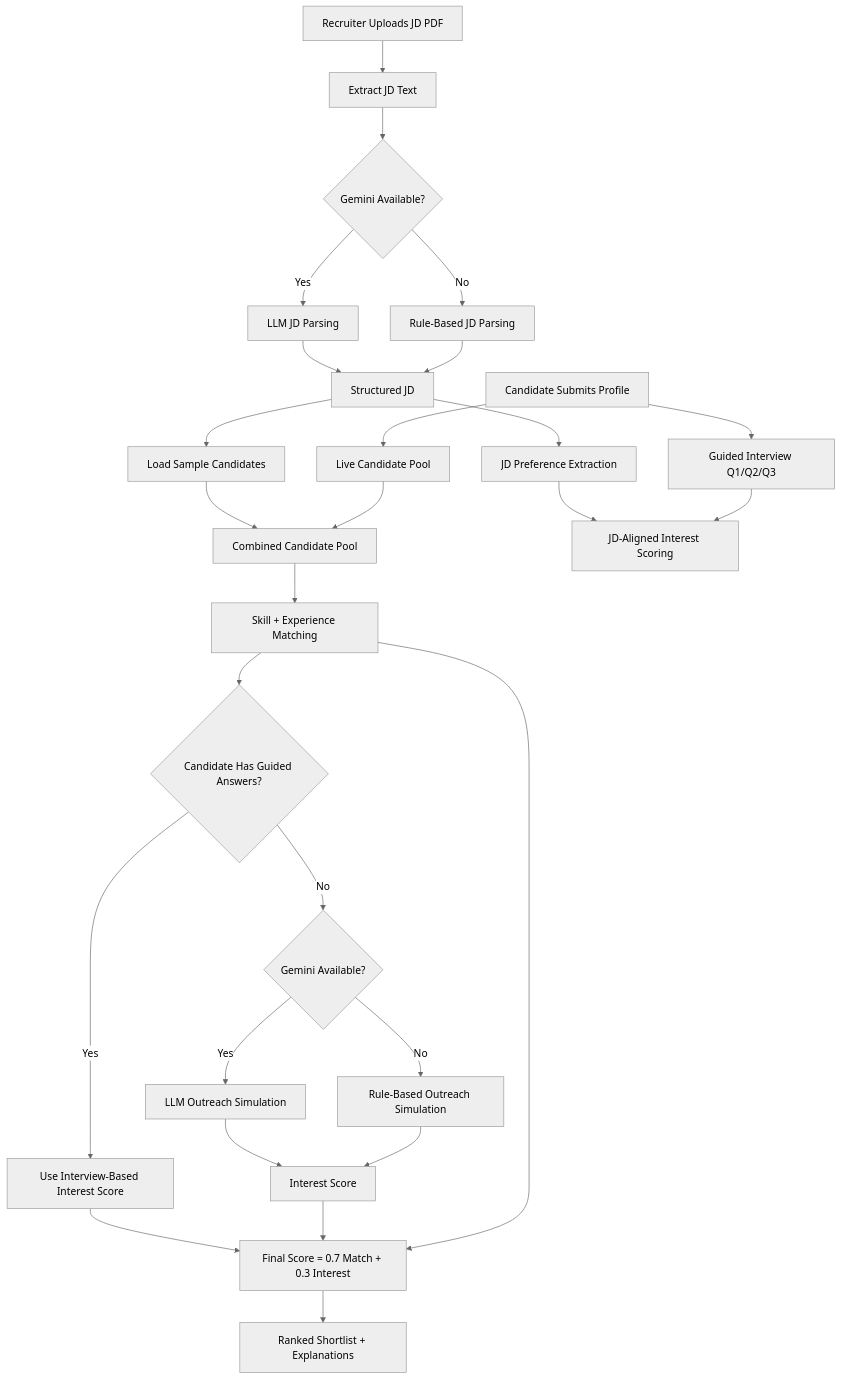
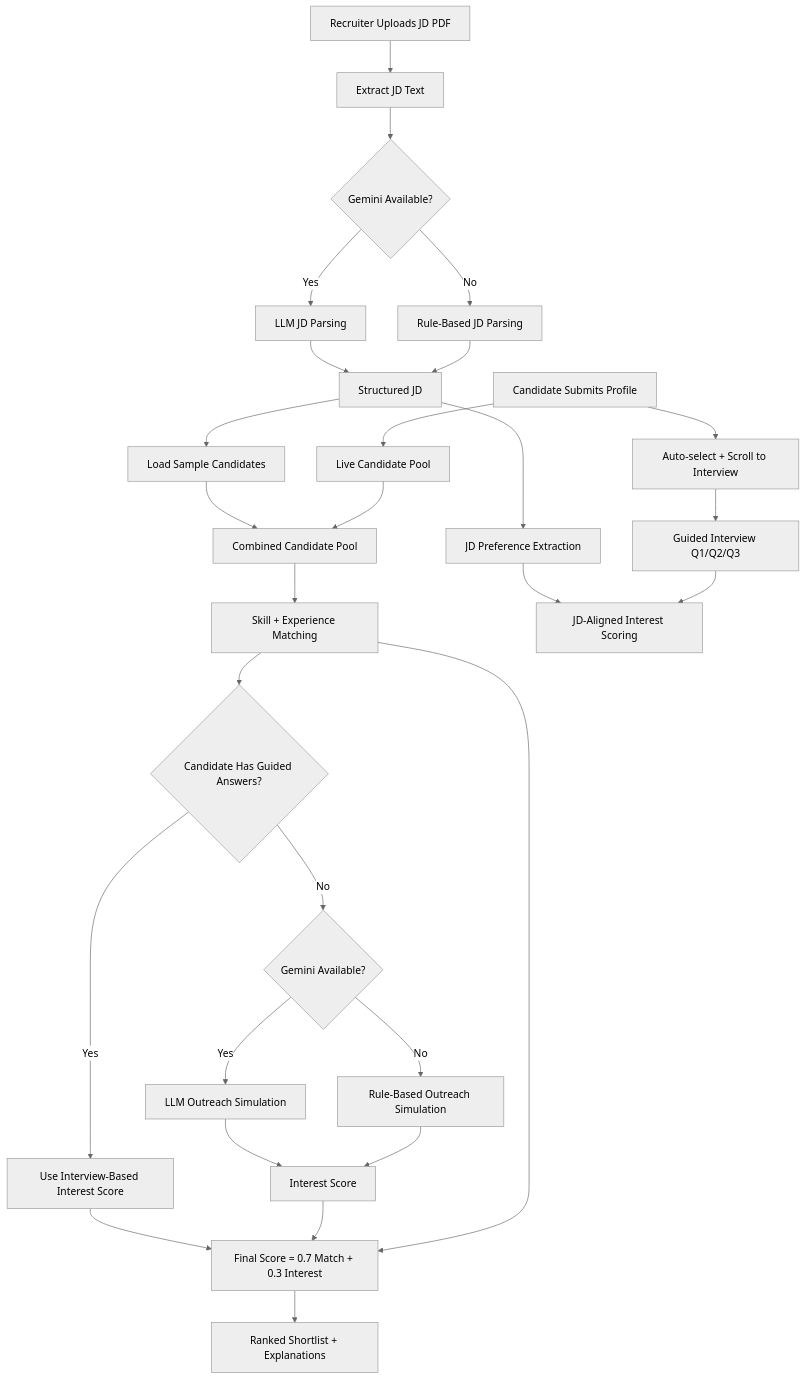
Before and after one commit to whyvy-code/AI-Talent-Scouting-Agent: the diagram in ARCHITECTURE.md, drawn with Mermaid (neutral theme). The commit also changed other lines of this file and 1 other file, not shown here.

Commit message:
Update docs for in-app key flow and interview auto-scroll UX

````diff
--- a/ARCHITECTURE.md
+++ b/ARCHITECTURE.md
@@ -42,29 +44,30 @@
 ```mermaid
 flowchart TD
-    A[Candidate Submits Profile] --> B[Guided Interview Q1/Q2/Q3]
+    A[Candidate Submits Profile] --> B[Auto-select + Scroll to Interview]
+    B --> C[Guided Interview Q1/Q2/Q3]
     D[Recruiter Uploads JD PDF] --> E[Extract JD Text]
     E --> F{Gemini Available?}
     F -- Yes --> G[LLM JD Parsing]
     F -- No --> H[Rule-Based JD Parsing]
     G --> I[Structured JD]
     H --> I
     I --> V[JD Preference Extraction]
     I --> J[Load Sample Candidates]
     A --> K[Live Candidate Pool]
     J --> L[Combined Candidate Pool]
     K --> L
     L --> M[Skill + Experience Matching]
-    V --> C[JD-Aligned Interest Scoring]
-    B --> C
+    V --> X[JD-Aligned Interest Scoring]
+    C --> X
     M --> N{Candidate Has Guided Answers?}
     N -- Yes --> O[Use Interview-Based Interest Score]
     N -- No --> P{Gemini Available?}
     P -- Yes --> Q[LLM Outreach Simulation]
     P -- No --> R[Rule-Based Outreach Simulation]
     Q --> S[Interest Score]
     R --> S
     O --> T[Final Score = 0.7 Match + 0.3 Interest]
     S --> T
     M --> T
     T --> U[Ranked Shortlist + Explanations]
 ```
````
